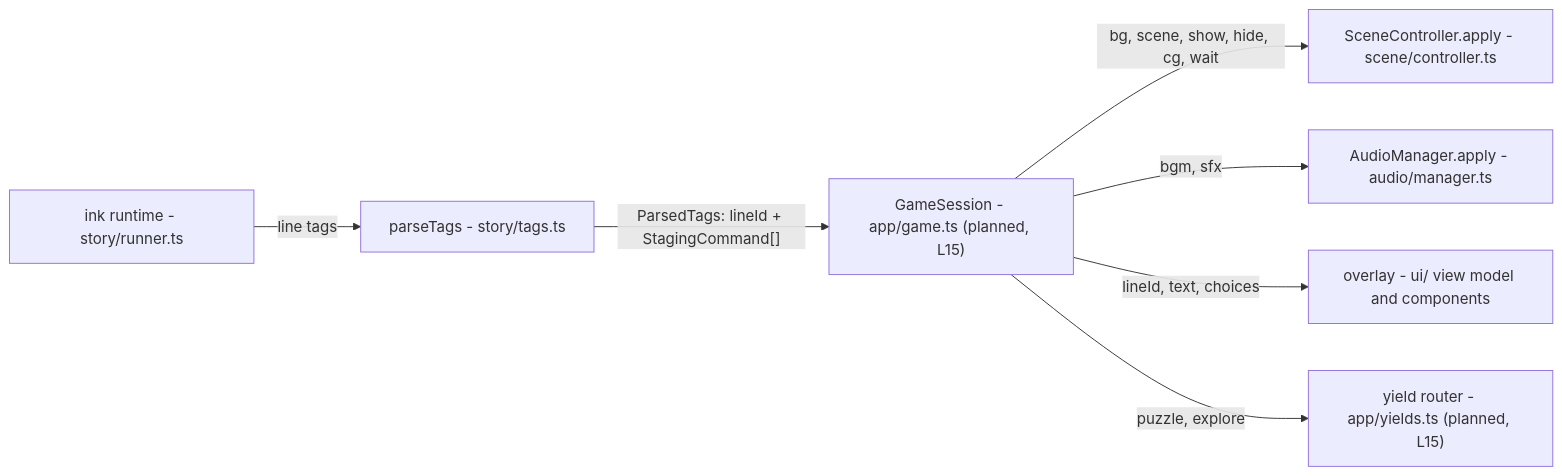
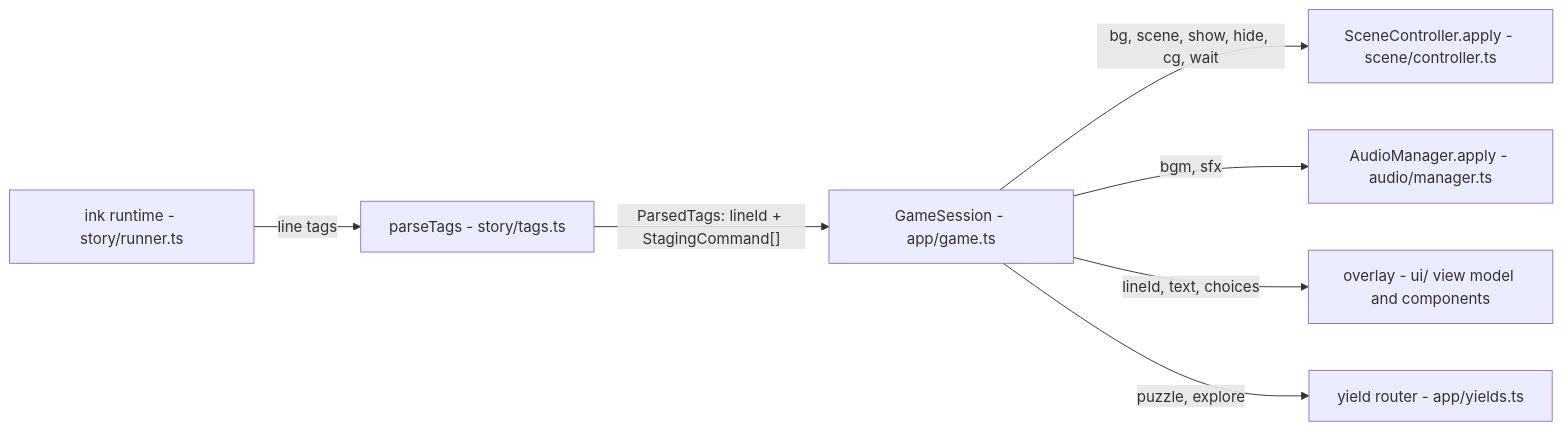
The second of 7 diagrams in docs/ARCHITECTURE.md (bluesteelll/tg-app-novel), drawn with Mermaid before and after one commit. The commit also changed other lines of this file and 1 other file, not shown here.

````diff
--- a/docs/ARCHITECTURE.md
+++ b/docs/ARCHITECTURE.md
@@ -126,9 +136,9 @@
 ```mermaid
 flowchart LR
     I["ink runtime - story/runner.ts"] -->|line tags| P["parseTags - story/tags.ts"]
-    P -->|"ParsedTags: lineId + StagingCommand[]"| G["GameSession - app/game.ts (planned, L15)"]
+    P -->|"ParsedTags: lineId + StagingCommand[]"| G["GameSession - app/game.ts"]
     G -->|"bg, scene, show, hide, cg, wait"| SC["SceneController.apply - scene/controller.ts"]
     G -->|"bgm, sfx"| AM["AudioManager.apply - audio/manager.ts"]
     G -->|"lineId, text, choices"| OV["overlay - ui/ view model and components"]
-    G -->|"puzzle, explore"| Y["yield router - app/yields.ts (planned, L15)"]
+    G -->|"puzzle, explore"| Y["yield router - app/yields.ts"]
 ```
````
